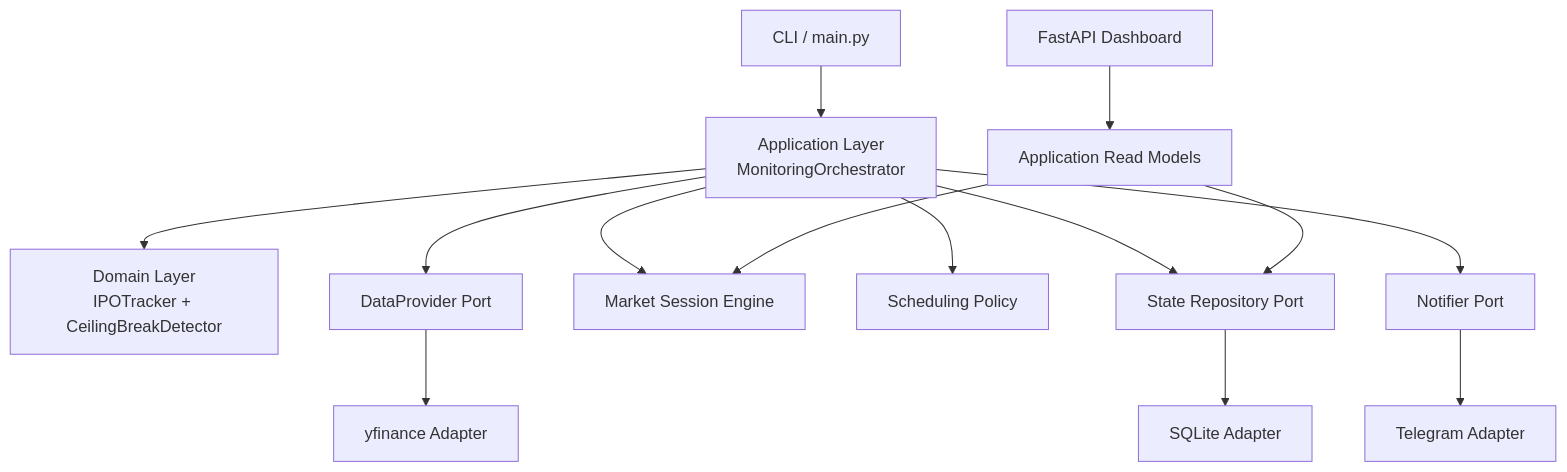
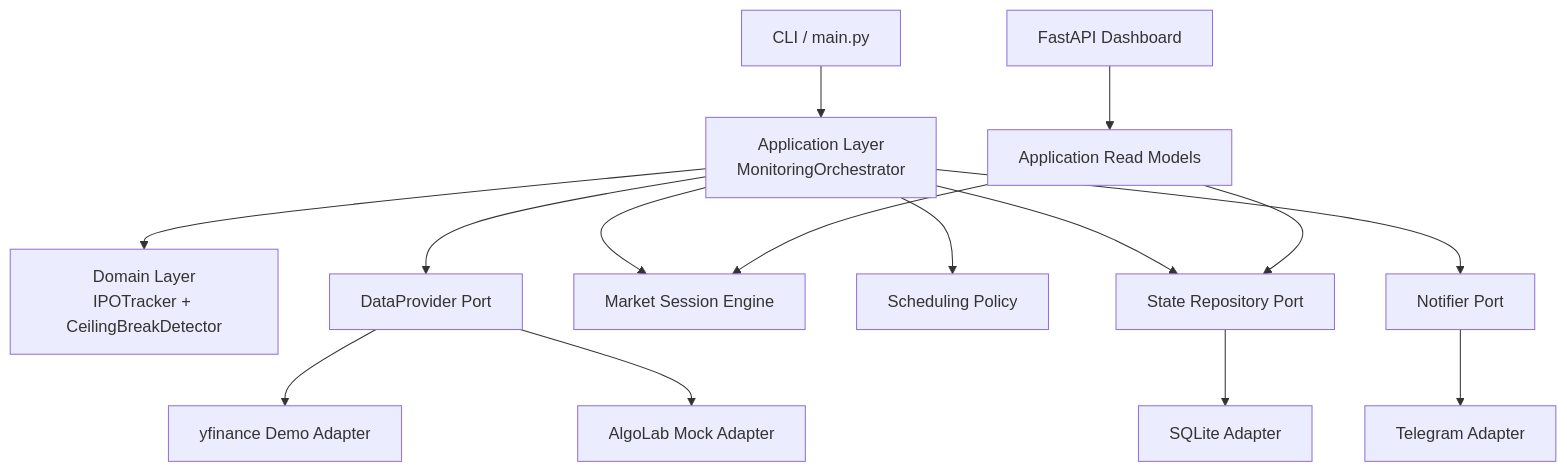
One commit to emreturgayie/bist-market-monitor changed the first of 2 diagrams in README.md. Above: the diagram before and after it, drawn with Mermaid. The commit also changed other lines of this file and 13 other files, not shown here.

Commit message:
feat: add configurable data provider architecture

````diff
--- a/README.md
+++ b/README.md
@@ -63,16 +63,17 @@
 ```mermaid
 flowchart TD
     CLI["CLI / main.py"] --> App["Application Layer<br/>MonitoringOrchestrator"]
     Dashboard["FastAPI Dashboard"] --> AppRead["Application Read Models"]
     App --> Domain["Domain Layer<br/>IPOTracker + CeilingBreakDetector"]
     AppRead --> RepoPort
     AppRead --> Market
     App --> Market["Market Session Engine"]
     App --> Scheduler["Scheduling Policy"]
     App --> ProviderPort["DataProvider Port"]
     App --> RepoPort["State Repository Port"]
     App --> NotifyPort["Notifier Port"]
-    ProviderPort --> YF["yfinance Adapter"]
+    ProviderPort --> YF["yfinance Demo Adapter"]
+    ProviderPort --> AlgoLabMock["AlgoLab Mock Adapter"]
     RepoPort --> SQLite["SQLite Adapter"]
     NotifyPort --> Telegram["Telegram Adapter"]
 ```
````
